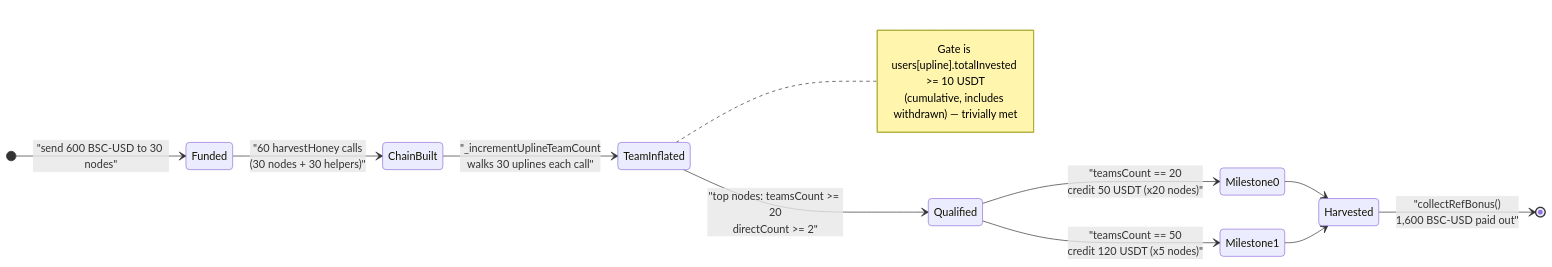
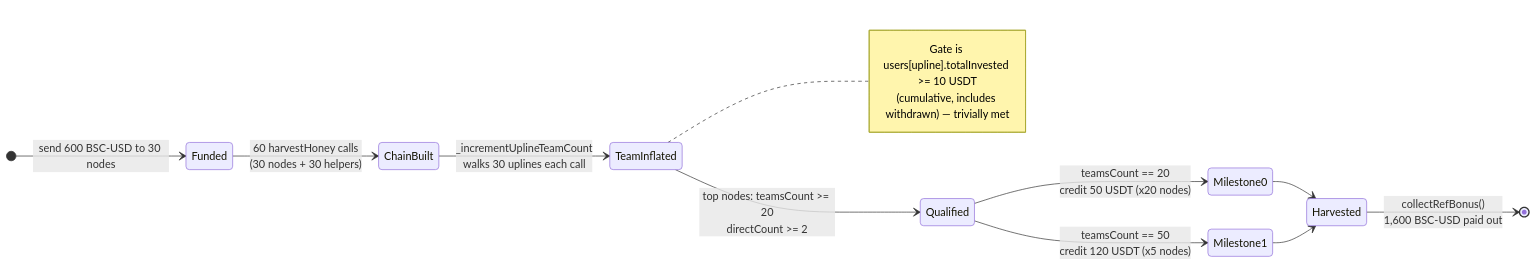
The second of 3 diagrams in 2025-08-Grizzifi_exp/Grizzifi_exp.md (sanbir/evm-hack-registry), drawn with Mermaid before and after one commit. The commit also changed other lines of this file and 280 other files, not shown here.

Commit message:
mermaid fixes

````diff
--- a/2025-08-Grizzifi_exp/Grizzifi_exp.md
+++ b/2025-08-Grizzifi_exp/Grizzifi_exp.md
@@ -308,18 +308,18 @@
 ```mermaid
 stateDiagram-v2
     direction LR
-    [*] --> Funded: "send 600 BSC-USD to 30 nodes"
-    Funded --> ChainBuilt: "60 harvestHoney calls<br/>(30 nodes + 30 helpers)"
-    ChainBuilt --> TeamInflated: "_incrementUplineTeamCount<br/>walks 30 uplines each call"
-    TeamInflated --> Qualified: "top nodes: teamsCount >= 20<br/>directCount >= 2"
-    Qualified --> Milestone0: "teamsCount == 20<br/>credit 50 USDT (x20 nodes)"
-    Qualified --> Milestone1: "teamsCount == 50<br/>credit 120 USDT (x5 nodes)"
+    [*] --> Funded: send 600 BSC-USD to 30 nodes
+    Funded --> ChainBuilt: 60 harvestHoney calls<br/>(30 nodes + 30 helpers)
+    ChainBuilt --> TeamInflated: _incrementUplineTeamCount<br/>walks 30 uplines each call
+    TeamInflated --> Qualified: top nodes#58; teamsCount >= 20<br/>directCount >= 2
+    Qualified --> Milestone0: teamsCount == 20<br/>credit 50 USDT (x20 nodes)
+    Qualified --> Milestone1: teamsCount == 50<br/>credit 120 USDT (x5 nodes)
     Milestone0 --> Harvested
     Milestone1 --> Harvested
-    Harvested --> [*]: "collectRefBonus()<br/>1,600 BSC-USD paid out"
+    Harvested --> [*]: collectRefBonus()<br/>1,600 BSC-USD paid out
 
     note right of TeamInflated
         Gate is users[upline].totalInvested >= 10 USDT
         (cumulative, includes withdrawn) — trivially met
     end note
 ```
````
